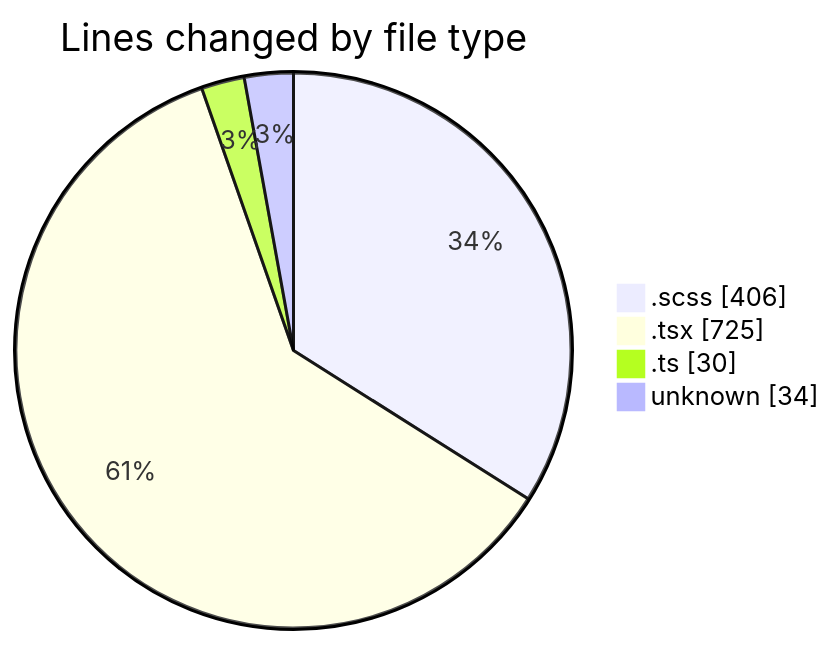
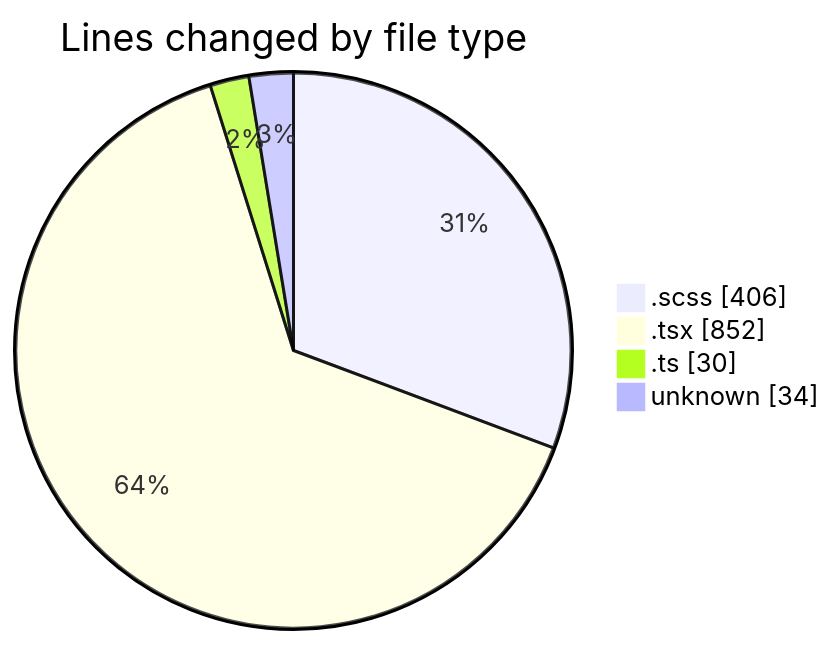
One commit to momahboobian/code-tracking changed the first of 2 diagrams in 2025-02-27/cda/README.md. Above: the diagram before and after it, drawn with Mermaid. The commit also changed other lines of this file and 1 other file, not shown here.

````diff
--- a/2025-02-27/cda/README.md
+++ b/2025-02-27/cda/README.md
@@ -31,8 +31,8 @@
 ```mermaid
 pie showData
 title Lines changed by file type
 ".scss" : 406
-".tsx" : 725
+".tsx" : 852
 ".ts" : 30
 "unknown" : 34
 ```
````
